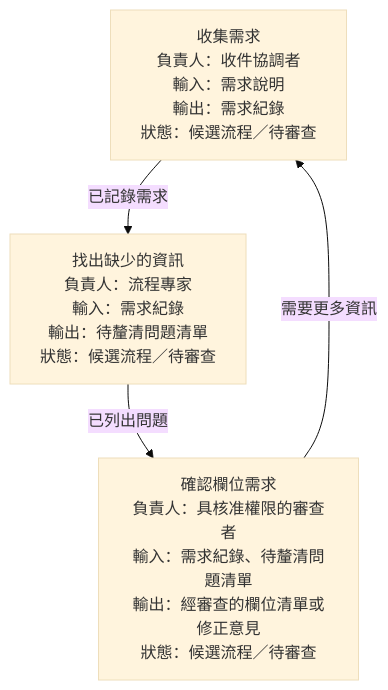
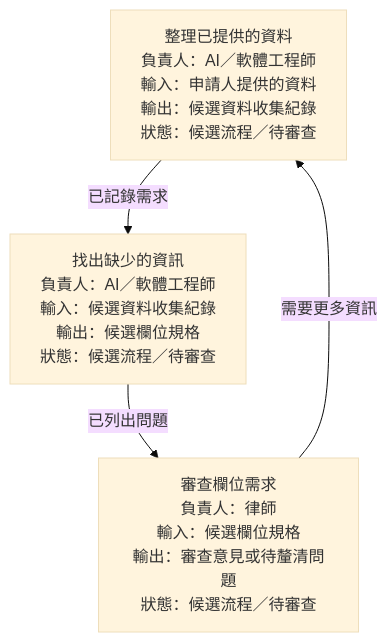
One commit to martin3252/ElicitMesh changed the diagram in dist/skills/em-brainstorm/README.zh-TW.md. Above: the diagram before and after it, drawn with Mermaid (base theme). The commit also changed other lines of this file and 95 other files, not shown here.

````diff
--- a/dist/skills/em-brainstorm/README.zh-TW.md
+++ b/dist/skills/em-brainstorm/README.zh-TW.md
@@ -31,9 +31,9 @@
 ```mermaid
 flowchart TD
-    A["收集需求<br/>負責人：收件協調者<br/>輸入：需求說明<br/>輸出：需求紀錄<br/>狀態：候選流程／待審查"]
-    B["找出缺少的資訊<br/>負責人：流程專家<br/>輸入：需求紀錄<br/>輸出：待釐清問題清單<br/>狀態：候選流程／待審查"]
-    C["確認欄位需求<br/>負責人：具核准權限的審查者<br/>輸入：需求紀錄、待釐清問題清單<br/>輸出：經審查的欄位清單或修正意見<br/>狀態：候選流程／待審查"]
+    A["整理已提供的資料<br/>負責人：AI／軟體工程師<br/>輸入：申請人提供的資料<br/>輸出：候選資料收集紀錄<br/>狀態：候選流程／待審查"]
+    B["找出缺少的資訊<br/>負責人：AI／軟體工程師<br/>輸入：候選資料收集紀錄<br/>輸出：候選欄位規格<br/>狀態：候選流程／待審查"]
+    C["審查欄位需求<br/>負責人：律師<br/>輸入：候選欄位規格<br/>輸出：審查意見或待釐清問題<br/>狀態：候選流程／待審查"]
     A -->|已記錄需求| B
     B -->|已列出問題| C
     C -->|需要更多資訊| A
 ```
````
